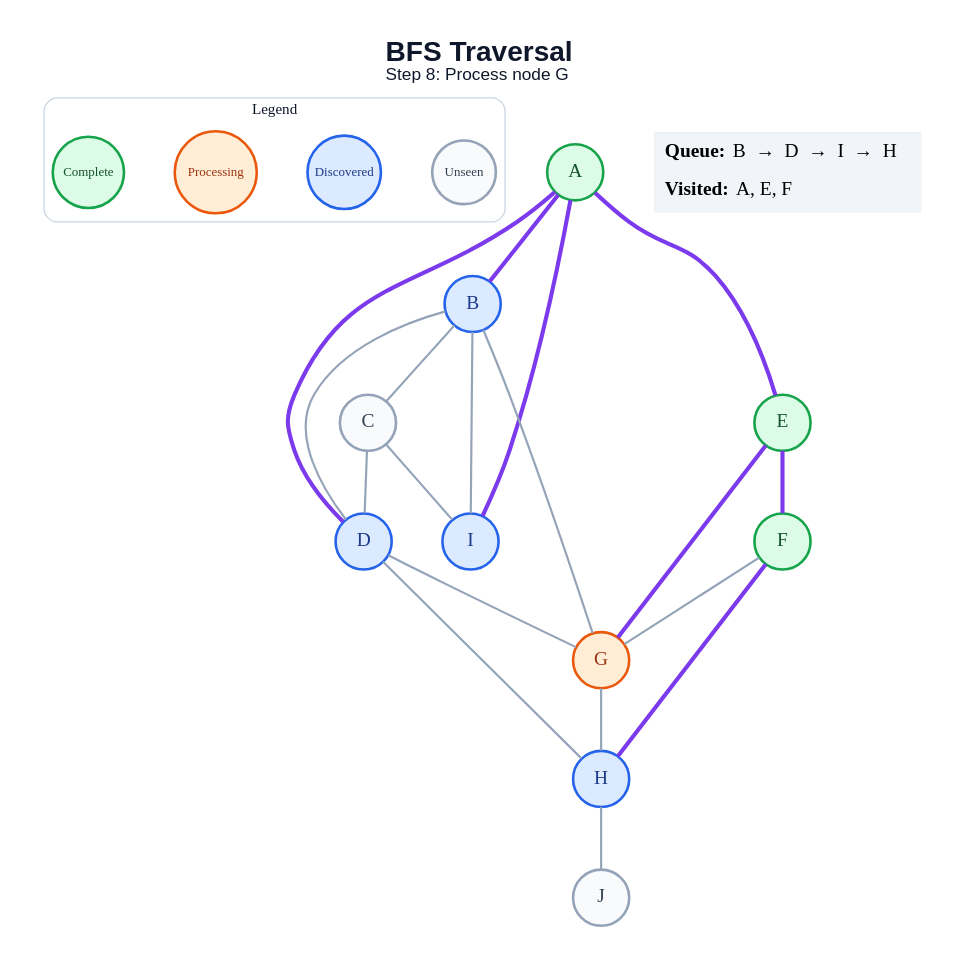
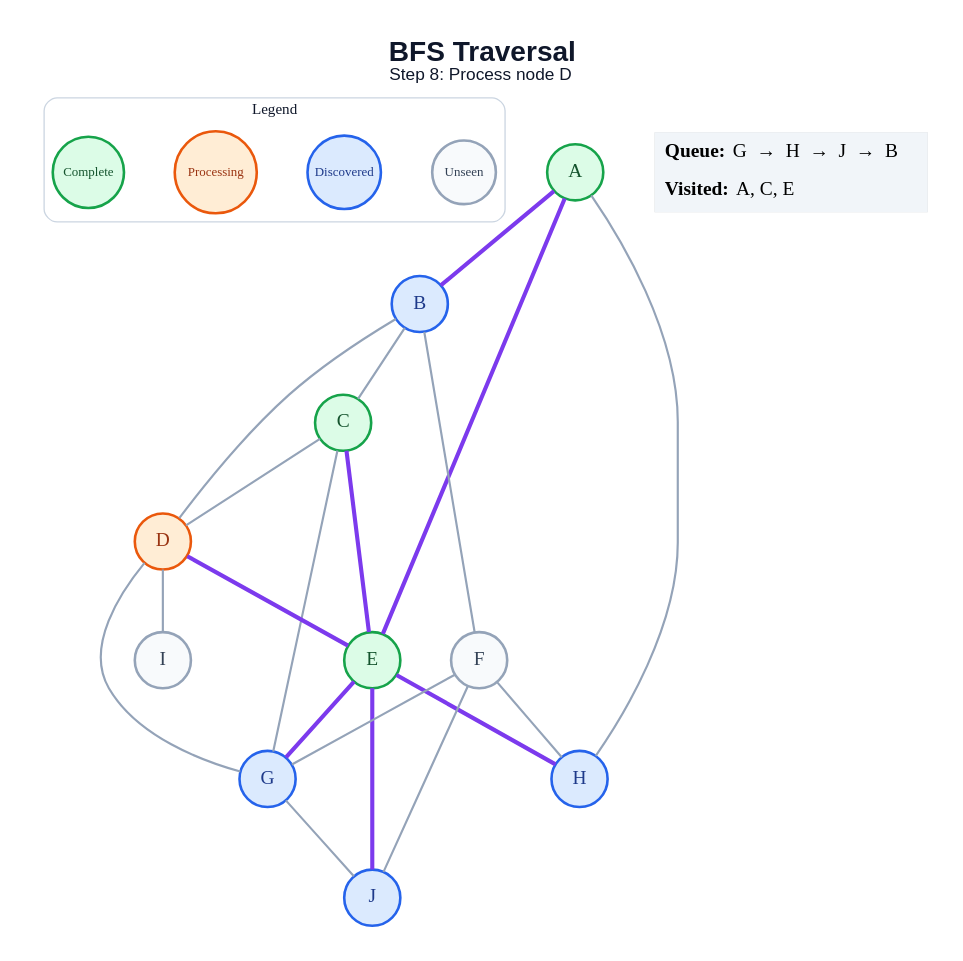
One commit to amanghodawala9/ai-slop changed the diagram in generated/specific-node/bfs/step_08.dot. Above: the diagram before and after it, drawn with Graphviz. The commit also changed 178 other files, not shown here.

```diff
--- a/generated/specific-node/bfs/step_08.dot
+++ b/generated/specific-node/bfs/step_08.dot
@@ -1,47 +1,48 @@
 graph traversal {
   graph [layout=dot, rankdir=TB, bgcolor="#FFFFFF", pad="0.35", nodesep="0.65", ranksep="0.8", fontname="Arial"];
   node [shape=circle, style="filled", fontname="Arial Bold", fontsize=18, width=0.72, fixedsize=true, penwidth=2.4];
   edge [color="#94A3B8", penwidth=2.0];
-  label=<<B>BFS Traversal</B><BR/><FONT POINT-SIZE="16">Step 8: Process node G</FONT>>; labelloc="t"; fontsize=26; fontname="Arial"; fontcolor="#0F172A";
+  label=<<B>BFS Traversal</B><BR/><FONT POINT-SIZE="16">Step 8: Process node D</FONT>>; labelloc="t"; fontsize=26; fontname="Arial"; fontcolor="#0F172A";
   subgraph cluster_legend { label="Legend"; color="#CBD5E1"; penwidth=1.2; style="rounded"; fontsize=14; fontname="Arial Bold";
     key_unseen [label="Unseen", fillcolor="#F8FAFC", color="#94A3B8", fontcolor="#334155", fontsize=12, width=0.82];
     key_frontier [label="Discovered", fillcolor="#DBEAFE", color="#2563EB", fontcolor="#1E3A8A", fontsize=12, width=0.95];
     key_current [label="Processing", fillcolor="#FFEDD5", color="#EA580C", fontcolor="#9A3412", fontsize=12, width=1.05];
     key_done [label="Complete", fillcolor="#DCFCE7", color="#16A34A", fontcolor="#14532D", fontsize=12, width=0.92];
     { rank=same; key_unseen; key_frontier; key_current; key_done; }
   }
   A [fillcolor="#DCFCE7", color="#16A34A", fontcolor="#14532D"];
   B [fillcolor="#DBEAFE", color="#2563EB", fontcolor="#1E3A8A"];
-  C [fillcolor="#F8FAFC", color="#94A3B8", fontcolor="#334155"];
-  D [fillcolor="#DBEAFE", color="#2563EB", fontcolor="#1E3A8A"];
+  C [fillcolor="#DCFCE7", color="#16A34A", fontcolor="#14532D"];
+  D [fillcolor="#FFEDD5", color="#EA580C", fontcolor="#9A3412"];
   E [fillcolor="#DCFCE7", color="#16A34A", fontcolor="#14532D"];
-  F [fillcolor="#DCFCE7", color="#16A34A", fontcolor="#14532D"];
-  G [fillcolor="#FFEDD5", color="#EA580C", fontcolor="#9A3412"];
+  F [fillcolor="#F8FAFC", color="#94A3B8", fontcolor="#334155"];
+  G [fillcolor="#DBEAFE", color="#2563EB", fontcolor="#1E3A8A"];
   H [fillcolor="#DBEAFE", color="#2563EB", fontcolor="#1E3A8A"];
-  I [fillcolor="#DBEAFE", color="#2563EB", fontcolor="#1E3A8A"];
-  J [fillcolor="#F8FAFC", color="#94A3B8", fontcolor="#334155"];
+  I [fillcolor="#F8FAFC", color="#94A3B8", fontcolor="#334155"];
+  J [fillcolor="#DBEAFE", color="#2563EB", fontcolor="#1E3A8A"];
   A -- B [color="#7C3AED", penwidth=3.8];
-  A -- D [color="#7C3AED", penwidth=3.8];
   A -- E [color="#7C3AED", penwidth=3.8];
-  A -- I [color="#7C3AED", penwidth=3.8];
+  A -- H;
   B -- C;
   B -- D;
-  B -- G;
-  B -- I;
+  B -- F;
   C -- D;
-  C -- I;
+  C -- E [color="#7C3AED", penwidth=3.8];
+  C -- G;
+  D -- E [color="#7C3AED", penwidth=3.8];
   D -- G;
-  D -- H;
-  E -- F [color="#7C3AED", penwidth=3.8];
+  D -- I;
   E -- G [color="#7C3AED", penwidth=3.8];
+  E -- H [color="#7C3AED", penwidth=3.8];
+  E -- J [color="#7C3AED", penwidth=3.8];
   F -- G;
-  F -- H [color="#7C3AED", penwidth=3.8];
-  G -- H;
-  H -- J;
+  F -- H;
+  F -- J;
+  G -- J;
   status [shape=plain, fixedsize=false, width=0, height=0, margin=0, label=<
     <TABLE BORDER="0" CELLBORDER="0" CELLPADDING="7" BGCOLOR="#F1F5F9">
-      <TR><TD ALIGN="LEFT"><B>Queue:</B> B  →  D  →  I  →  H</TD></TR>
-      <TR><TD ALIGN="LEFT"><B>Visited:</B> A, E, F</TD></TR>
+      <TR><TD ALIGN="LEFT"><B>Queue:</B> G  →  H  →  J  →  B</TD></TR>
+      <TR><TD ALIGN="LEFT"><B>Visited:</B> A, C, E</TD></TR>
     </TABLE>
   >];
 }
```
